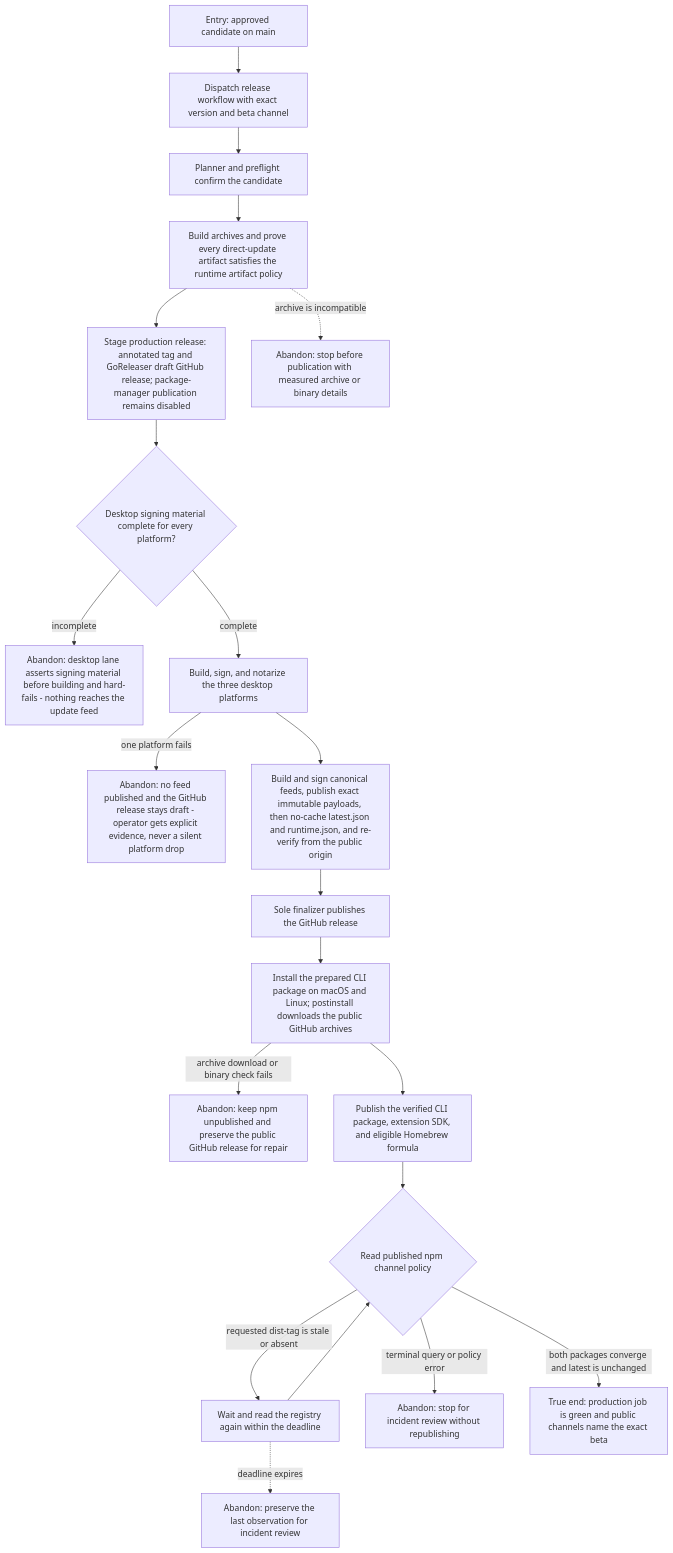
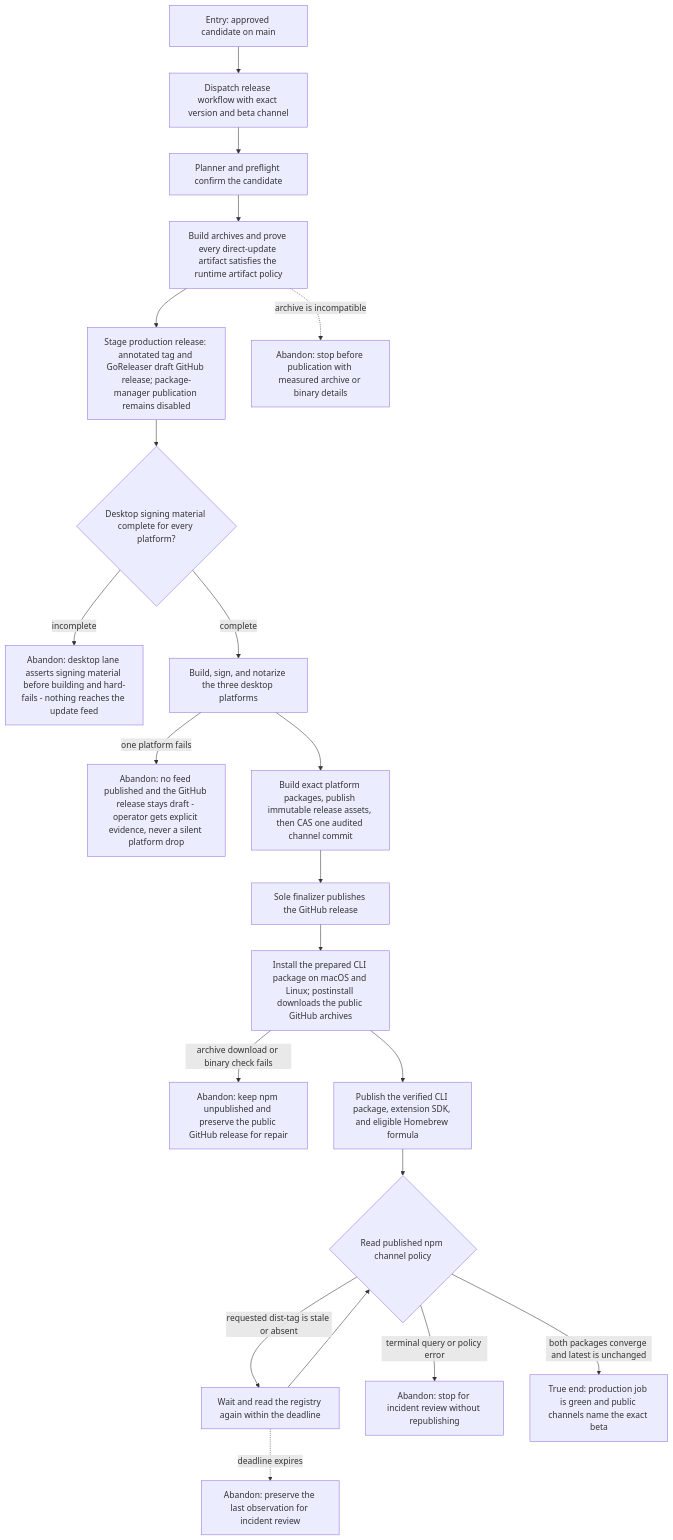
One commit to compozy/compozy changed the diagram in docs/qa/journeys/J-publish-compozy-beta.md. Above: the diagram before and after it, drawn with Mermaid. The commit also changed other lines of this file and 147 other files, not shown here.

````diff
--- a/docs/qa/journeys/J-publish-compozy-beta.md
+++ b/docs/qa/journeys/J-publish-compozy-beta.md
@@ -3,23 +3,23 @@
 ```mermaid
 flowchart TD
     A[Entry: approved candidate on main] --> B[Dispatch release workflow with exact version and beta channel]
     B --> C[Planner and preflight confirm the candidate]
     C --> C0[Build archives and prove every direct-update artifact satisfies the runtime artifact policy]
     C0 --> D0[Stage production release: annotated tag and GoReleaser draft GitHub release; package-manager publication remains disabled]
     C0 -.->|archive is incompatible| X0[Abandon: stop before publication with measured archive or binary details]
     D0 --> C1{Desktop signing material complete for every platform?}
     C1 -->|incomplete| X3[Abandon: desktop lane asserts signing material before building and hard-fails - nothing reaches the update feed]
     C1 -->|complete| C2[Build, sign, and notarize the three desktop platforms]
     C2 -->|one platform fails| X4[Abandon: no feed published and the GitHub release stays draft - operator gets explicit evidence, never a silent platform drop]
-    C2 --> C3[Build and sign canonical feeds, publish exact immutable payloads, then no-cache latest.json and runtime.json, and re-verify from the public origin]
+    C2 --> C3[Build exact platform packages, publish immutable release assets, then CAS one audited channel commit]
     C3 --> D[Sole finalizer publishes the GitHub release]
     D --> D1[Install the prepared CLI package on macOS and Linux; postinstall downloads the public GitHub archives]
     D1 -->|archive download or binary check fails| X5[Abandon: keep npm unpublished and preserve the public GitHub release for repair]
     D1 --> D2[Publish the verified CLI package, extension SDK, and eligible Homebrew formula]
     D2 --> E{Read published npm channel policy}
     E -->|requested dist-tag is stale or absent| F[Wait and read the registry again within the deadline]
     F --> E
     E -->|terminal query or policy error| X1[Abandon: stop for incident review without republishing]
     E -->|both packages converge and latest is unchanged| G[True end: production job is green and public channels name the exact beta]
     F -.->|deadline expires| X2[Abandon: preserve the last observation for incident review]
 ```
````
